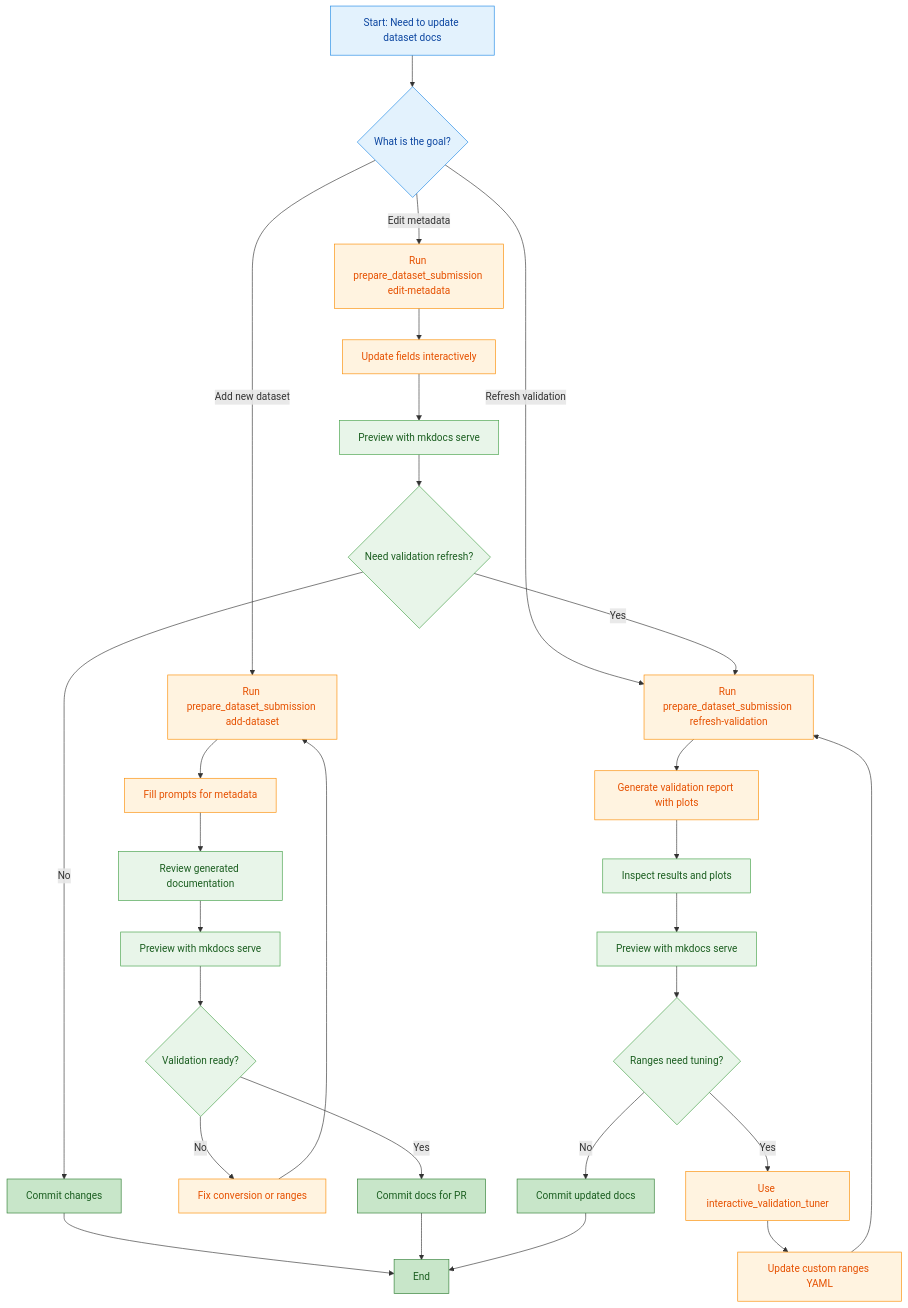
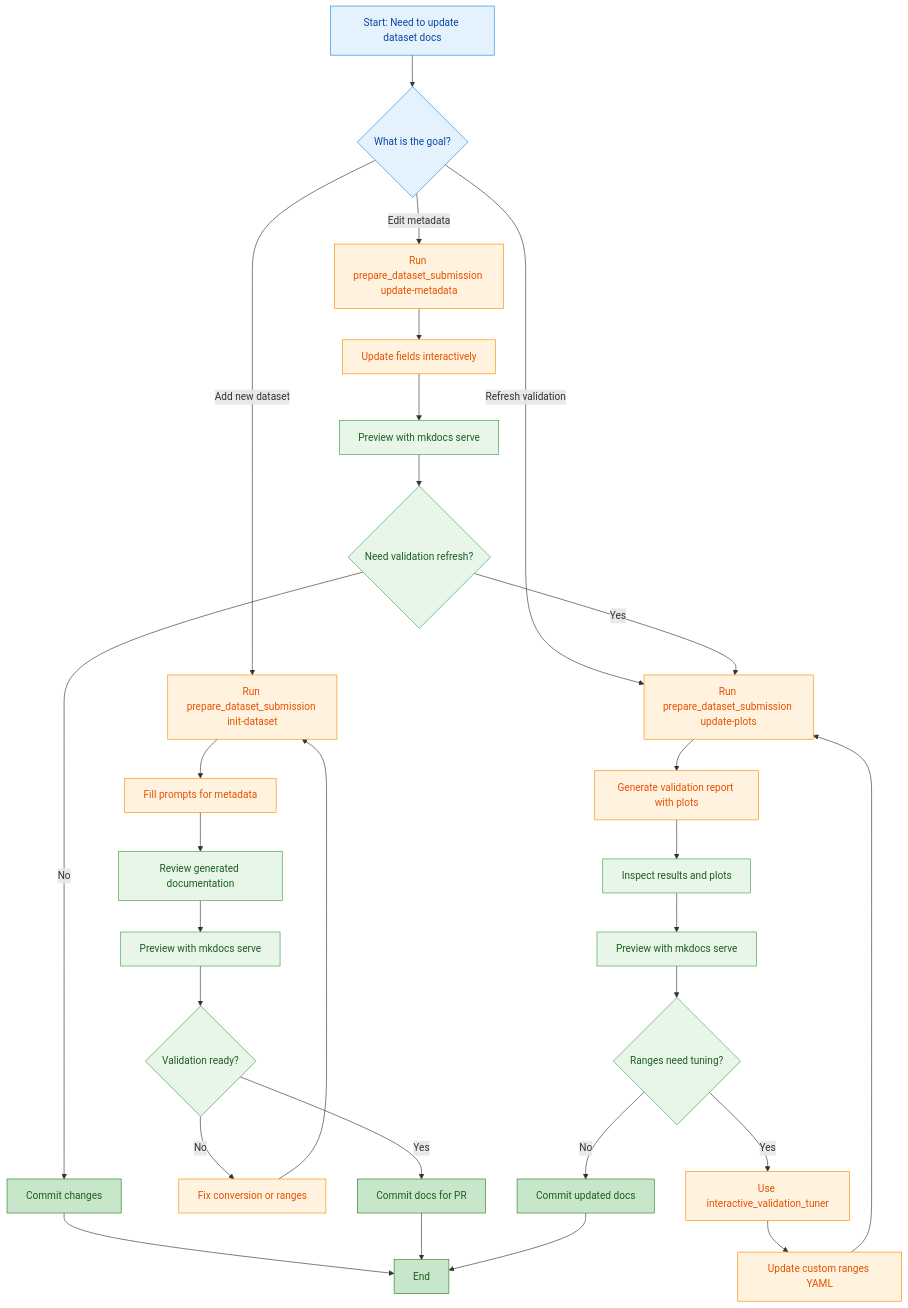
The third of 4 diagrams in docs/contributing/index.md (jmontp/LocoHub), drawn with Mermaid before and after one commit. The commit also changed other lines of this file and 3 other files, not shown here.

Commit message:
Rename dataset submission CLI commands

````diff
--- a/docs/contributing/index.md
+++ b/docs/contributing/index.md
@@ -456,44 +456,44 @@
 ```mermaid
 graph TD
     A[Start: Need to update dataset docs] --> B{What is the goal?}
-    B -->|Add new dataset| C1[Run prepare_dataset_submission add-dataset]
+    B -->|Add new dataset| C1[Run prepare_dataset_submission init-dataset]
     C1 --> C2[Fill prompts for metadata]
     C2 --> C3[Review generated documentation]
     C3 --> C3a[Preview with mkdocs serve]
     C3a --> C4{Validation ready?}
     C4 -->|Yes| C5[Commit docs for PR]
     C4 -->|No| C6[Fix conversion or ranges]
     C6 --> C1
 
-    B -->|Refresh validation| E1[Run prepare_dataset_submission refresh-validation]
+    B -->|Refresh validation| E1[Run prepare_dataset_submission update-plots]
     E1 --> E2[Generate validation report with plots]
     E2 --> E3[Inspect results and plots]
     E3 --> E3a[Preview with mkdocs serve]
     E3a --> E4{Ranges need tuning?}
     E4 -->|Yes| E5[Use interactive_validation_tuner]
     E5 --> E6[Update custom ranges YAML]
     E6 --> E1
     E4 -->|No| E7[Commit updated docs]
 
-    B -->|Edit metadata| D1[Run prepare_dataset_submission edit-metadata]
+    B -->|Edit metadata| D1[Run prepare_dataset_submission update-metadata]
     D1 --> D2[Update fields interactively]
     D2 --> D2a[Preview with mkdocs serve]
     D2a --> D3{Need validation refresh?}
     D3 -->|Yes| E1
     D3 -->|No| D5[Commit changes]
 
     D5 --> G[End]
     C5 --> G
     E7 --> G
 
     classDef intake fill:#e3f2fd,stroke:#1e88e5,color:#0d47a1
     classDef standard fill:#fff3e0,stroke:#fb8c00,color:#e65100
     classDef qa fill:#e8f5e9,stroke:#43a047,color:#1b5e20
     classDef share fill:#c8e6c9,stroke:#2e7d32,color:#1b5e20
 
     class A,B intake
     class C1,C2,C6,D1,D2,E1,E2,E5,E6 standard
     class C3,C3a,D2a,E3,E3a qa
     class C4,D3,E4 qa
     class C5,D5,E7,G share
 ```
````
